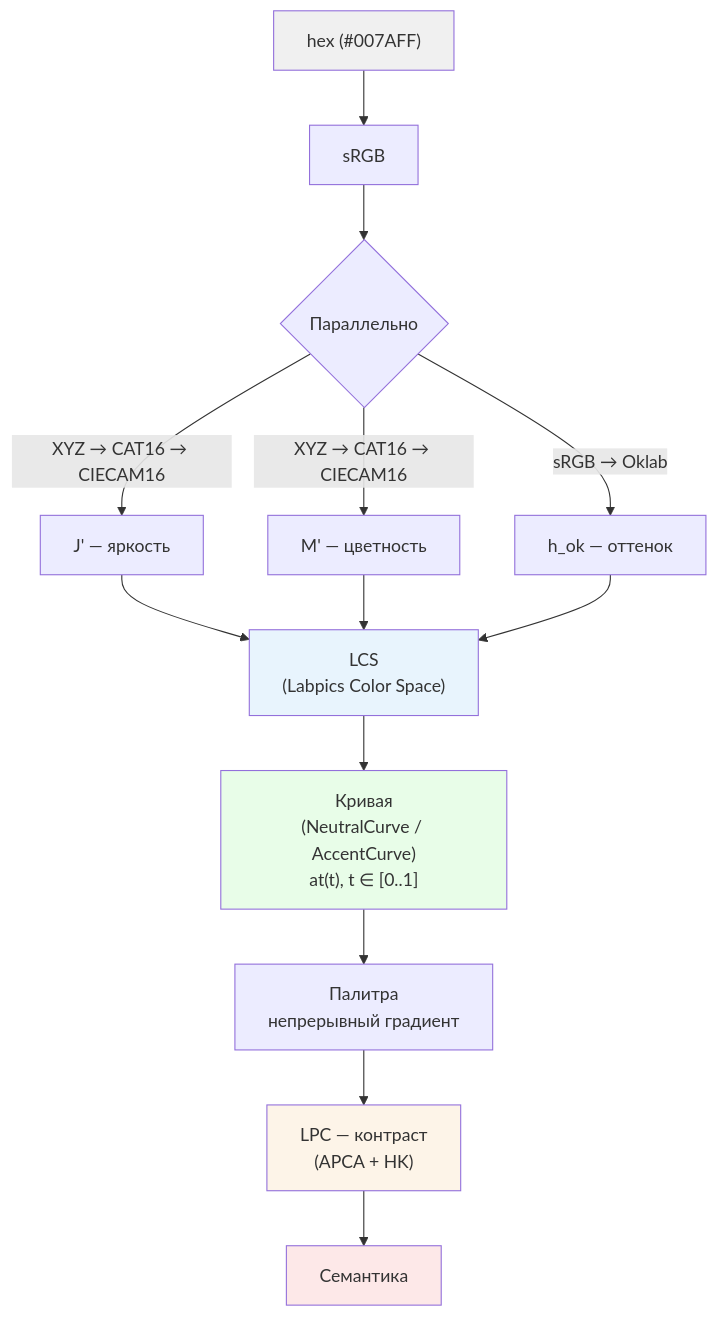
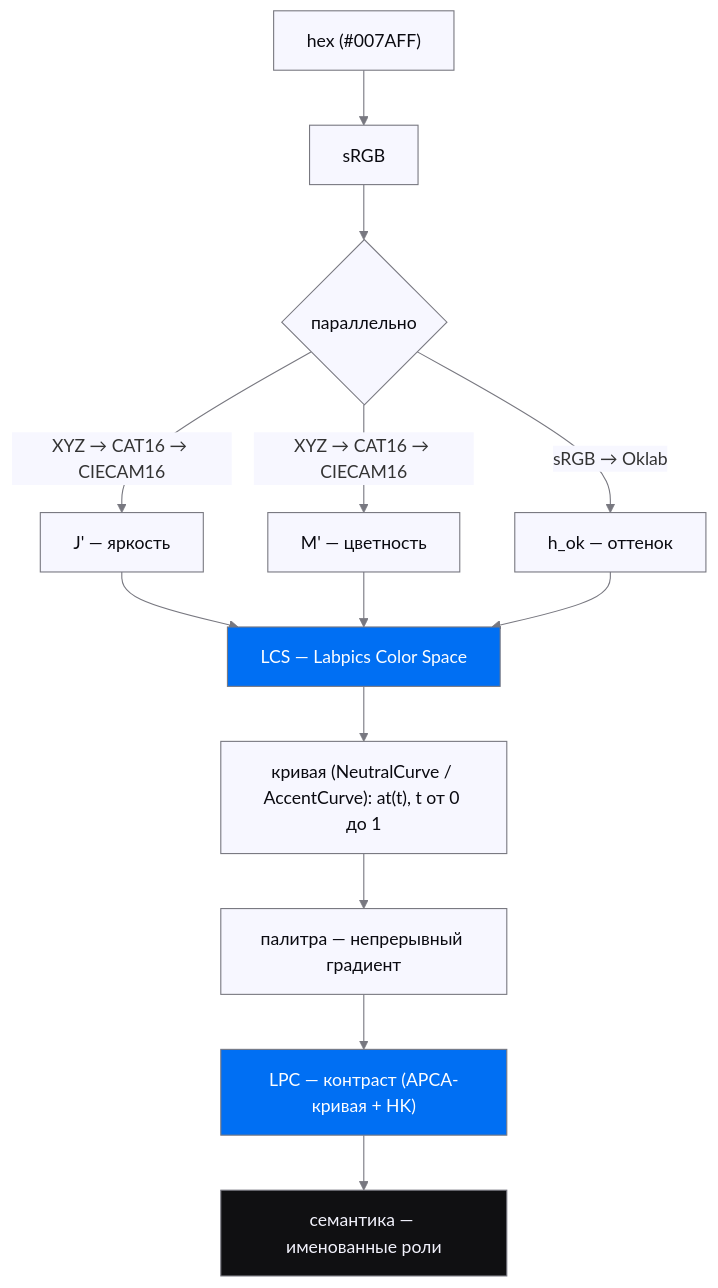
Before and after one commit to Labpics-Team/lab-colors: the first of 4 diagrams in README.md, drawn with Mermaid. The commit also changed other lines of this file, not shown here.

First line of the commit message:
docs(readme): переписать корневой README — понятность, честность, mermaid-канон (#215)

````diff
--- a/README.md
+++ b/README.md
@@ -23,21 +23,27 @@
 ```mermaid
+%%{init: {'theme':'base','themeVariables':{
+  'lineColor':'#787880','textColor':'#0A0A10',
+  'edgeLabelBackground':'#F7F7FF',
+  'clusterBkg':'transparent','clusterBorder':'#787880'
+}}}%%
 graph TD
     HEX["hex (#007AFF)"] --> SRGB["sRGB"]
-    SRGB --> FORK{"Параллельно"}
+    SRGB --> FORK{"параллельно"}
     FORK -->|"XYZ → CAT16 → CIECAM16"| J["J' — яркость"]
     FORK -->|"XYZ → CAT16 → CIECAM16"| M["M' — цветность"]
     FORK -->|"sRGB → Oklab"| HOK["h_ok — оттенок"]
-    J --> LCS["LCS\n(Labpics Color Space)"]
+    J --> LCS["LCS — Labpics Color Space"]
     M --> LCS
     HOK --> LCS
-    LCS --> CURVE["Кривая\n(NeutralCurve / AccentCurve)\nat(t), t ∈ [0..1]"]
-    CURVE --> PAL["Палитра\nнепрерывный градиент"]
-    PAL --> LPC["LPC — контраст\n(APCA + HK)"]
-    LPC --> SEM["Семантика"]
+    LCS --> CURVE["кривая (NeutralCurve / AccentCurve): at(t), t от 0 до 1"]
+    CURVE --> PAL["палитра — непрерывный градиент"]
+    PAL --> LPC["LPC — контраст (APCA-кривая + HK)"]
+    LPC --> SEM["семантика — именованные роли"]
 
-    style HEX fill:#f0f0f0
-    style LCS fill:#e8f4fd
-    style CURVE fill:#e8fde8
-    style LPC fill:#fdf4e8
-    style SEM fill:#fde8e8
+    classDef node fill:#F7F7FF,stroke:#787880,color:#0A0A10
+    classDef accent fill:#006FF3,stroke:#787880,color:#FCFDFF
+    classDef dark fill:#101012,stroke:#787880,color:#F2F2FC
+    class HEX,SRGB,FORK,J,M,HOK,CURVE,PAL node
+    class LCS,LPC accent
+    class SEM dark
 ```
````
